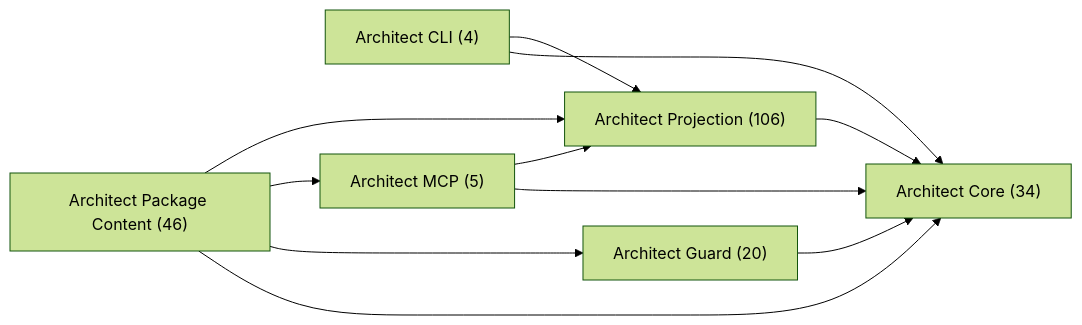
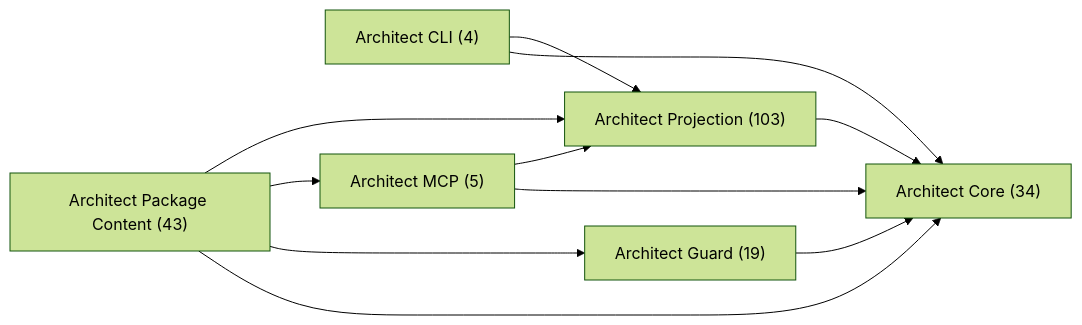
The first of 7 diagrams in docs-live/design-review/by-package.md (libar-dev/architect), drawn with Mermaid (forest theme) before and after one commit. The commit also changed other lines of this file and 240 other files, not shown here.

````diff
--- a/docs-live/design-review/by-package.md
+++ b/docs-live/design-review/by-package.md
@@ -18,19 +18,19 @@
 ```mermaid
 graph LR
   pkg_architect_cli["Architect CLI (4)"]
   pkg_architect_core["Architect Core (34)"]
-  pkg_architect_guard["Architect Guard (20)"]
+  pkg_architect_guard["Architect Guard (19)"]
   pkg_architect_mcp["Architect MCP (5)"]
-  pkg_architect_package_content["Architect Package Content (46)"]
-  pkg_architect_projection["Architect Projection (106)"]
+  pkg_architect_package_content["Architect Package Content (43)"]
+  pkg_architect_projection["Architect Projection (103)"]
   pkg_architect_cli --> pkg_architect_core
   pkg_architect_cli --> pkg_architect_projection
   pkg_architect_guard --> pkg_architect_core
   pkg_architect_mcp --> pkg_architect_core
   pkg_architect_mcp --> pkg_architect_projection
   pkg_architect_package_content --> pkg_architect_core
   pkg_architect_package_content --> pkg_architect_guard
   pkg_architect_package_content --> pkg_architect_mcp
   pkg_architect_package_content --> pkg_architect_projection
   pkg_architect_projection --> pkg_architect_core
 ```
````
